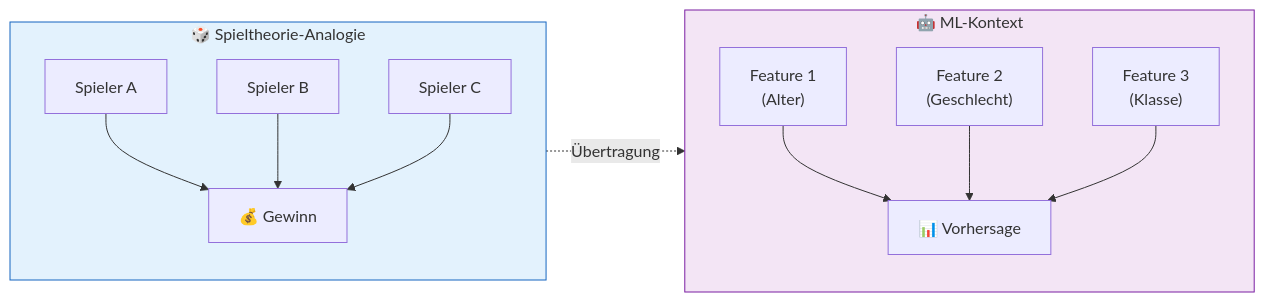
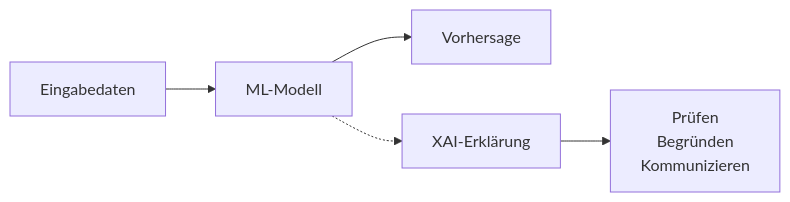
The first of 3 diagrams in docs/concepts/xai_erklaerbare_ki.md (ralf-42/ML_Intro), drawn with Mermaid before and after one commit. The commit also changed other lines of this file and 19 other files, not shown here.

````diff
--- a/docs/concepts/xai_erklaerbare_ki.md
+++ b/docs/concepts/xai_erklaerbare_ki.md
@@ -229,23 +30,7 @@
 ```mermaid
 flowchart LR
-    subgraph Spieltheorie["🎲 Spieltheorie-Analogie"]
-        P1["Spieler A"]
-        P2["Spieler B"]
-        P3["Spieler C"]
-        GEWINN["💰 Gewinn"]
-        P1 & P2 & P3 --> GEWINN
-    end
-    
-    subgraph ML["🤖 ML-Kontext"]
-        F1["Feature 1<br/>(Alter)"]
-        F2["Feature 2<br/>(Geschlecht)"]
-        F3["Feature 3<br/>(Klasse)"]
-        PRED["📊 Vorhersage"]
-        F1 & F2 & F3 --> PRED
-    end
-    
-    Spieltheorie -.->|"Übertragung"| ML
-    
-    style Spieltheorie fill:#e3f2fd,stroke:#1565c0
-    style ML fill:#f3e5f5,stroke:#7b1fa2
+    A["Eingabedaten"] --> B["ML-Modell"]
+    B --> C["Vorhersage"]
+    B -.-> D["XAI-Erklärung"]
+    D --> E["Prüfen<br>Begründen<br>Kommunizieren"]
 ```
````
